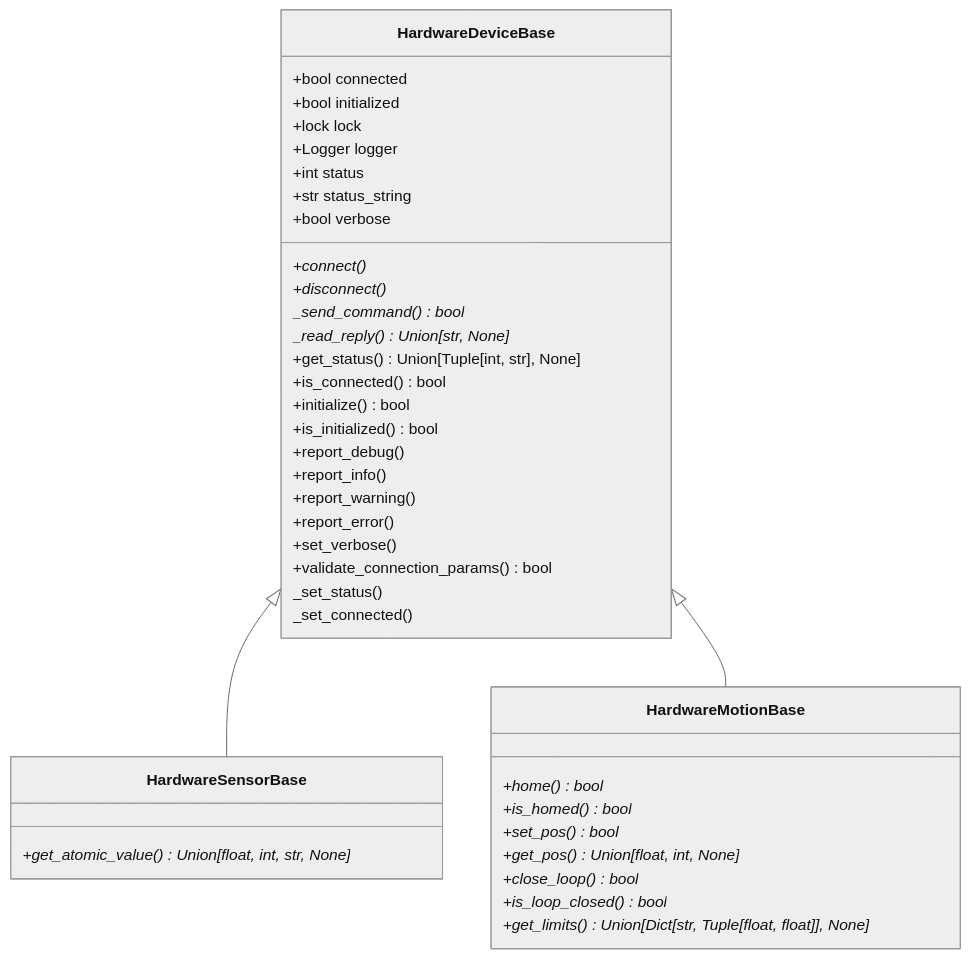
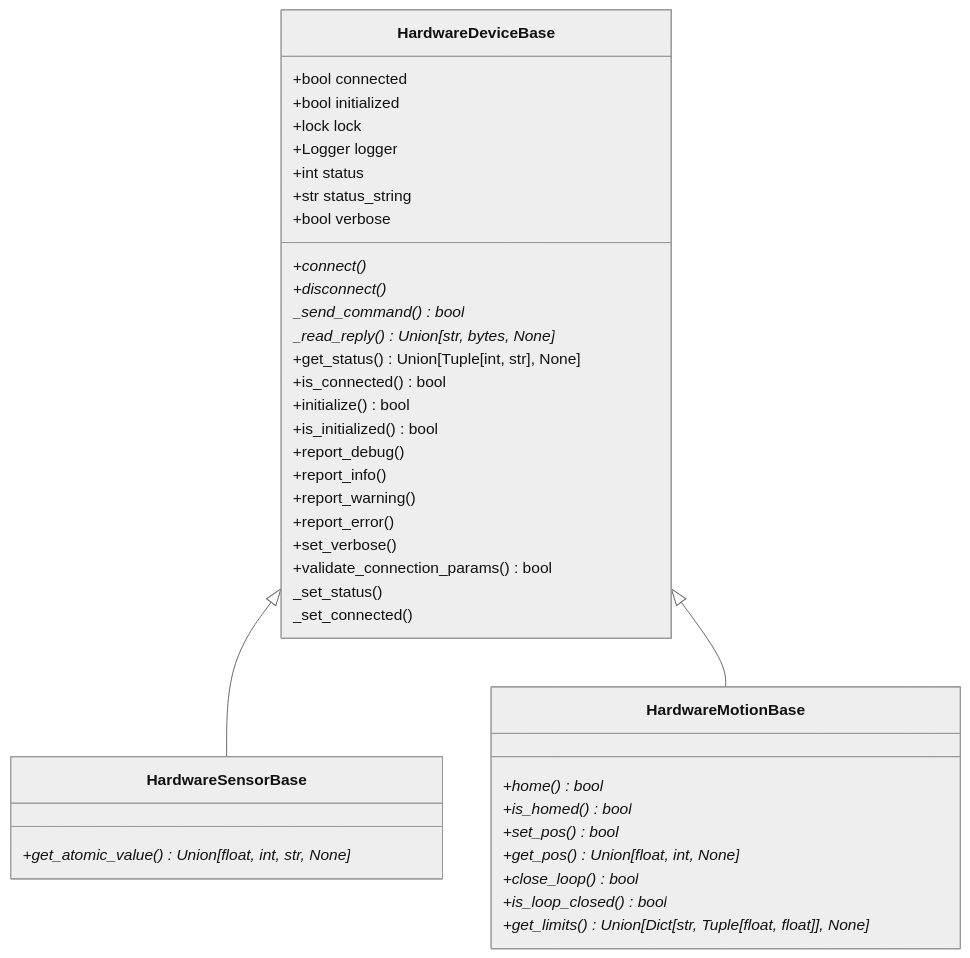
The diagram in README.md (COO-Utilities/hardware_device_base), drawn with Mermaid (neutral theme) before and after one commit.

Commit message:
Update to README.md for type annotation update

````diff
--- a/README.md
+++ b/README.md
@@ -16,45 +16,45 @@
 ```mermaid
 classDiagram
     HardwareDeviceBase <|-- HardwareSensorBase
     HardwareDeviceBase <|-- HardwareMotionBase
     class HardwareDeviceBase {
         +bool connected
         +bool initialized
         +lock lock
         +Logger logger
         +int status
         +str status_string
         +bool verbose
         +connect()*
         +disconnect()*
         _send_command()* bool
-        _read_reply()* Union[str, None]
+        _read_reply()* Union[str, bytes, None]
         +get_status() Union[Tuple[int, str], None]
         +is_connected() bool
         +initialize() bool
         +is_initialized() bool
         +report_debug() 
         +report_info()
         +report_warning()
         +report_error()
         +set_verbose()
         +validate_connection_params() bool
         _set_status() 
         _set_connected()
     }
 
     class HardwareSensorBase {
         +get_atomic_value()* Union[float, int, str, None]
     }
     
     class HardwareMotionBase {
         +home()* bool
         +is_homed()* bool
         +set_pos()* bool
         +get_pos()* Union[float, int, None]
         +close_loop()* bool
         +is_loop_closed()* bool
         +get_limits()* Union[Dict[str, Tuple[float, float]], None]
     }
 
 ```
````
